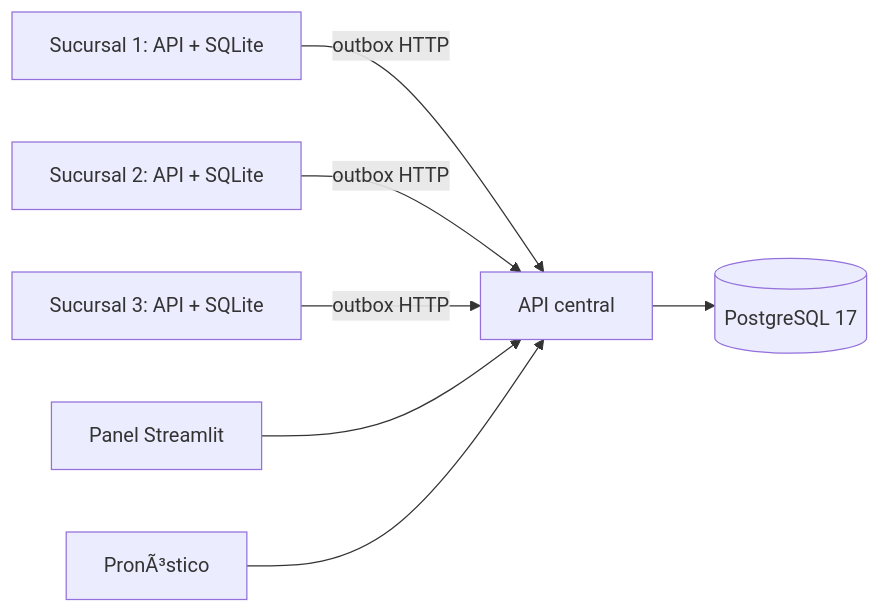
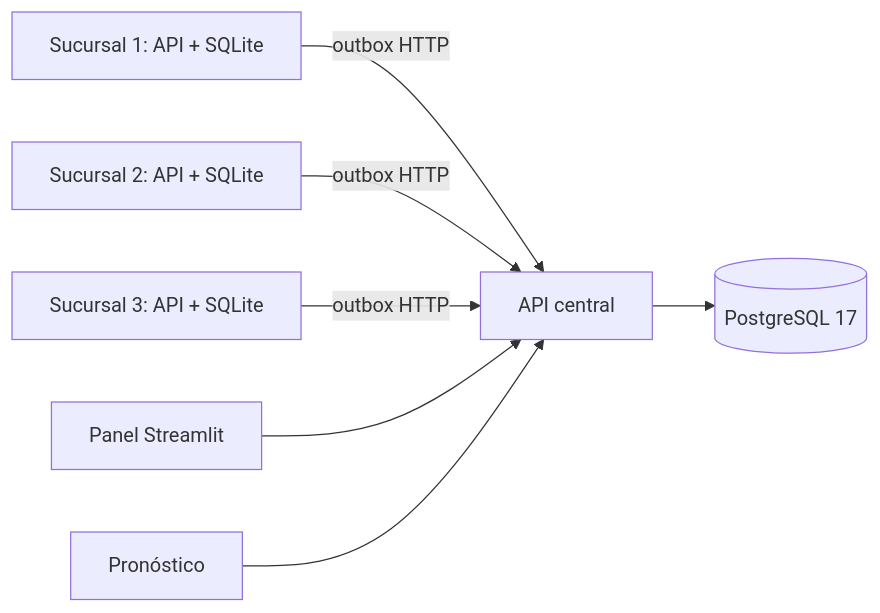
One commit to MattxPz/distributed-retail-intelligence changed the diagram in docs/architecture.md. Above: the diagram before and after it, drawn with Mermaid. The commit also changed other lines of this file and 16 other files, not shown here.

````diff
--- a/docs/architecture.md
+++ b/docs/architecture.md
@@ -12,9 +12,9 @@
 ```mermaid
 flowchart LR
   B1[Sucursal 1: API + SQLite] -->|outbox HTTP| C[API central]
   B2[Sucursal 2: API + SQLite] -->|outbox HTTP| C
   B3[Sucursal 3: API + SQLite] -->|outbox HTTP| C
   C --> P[(PostgreSQL 17)]
   D[Panel Streamlit] --> C
-  F[PronÃ³stico] --> C
+  F[Pronóstico] --> C
 ```
````
